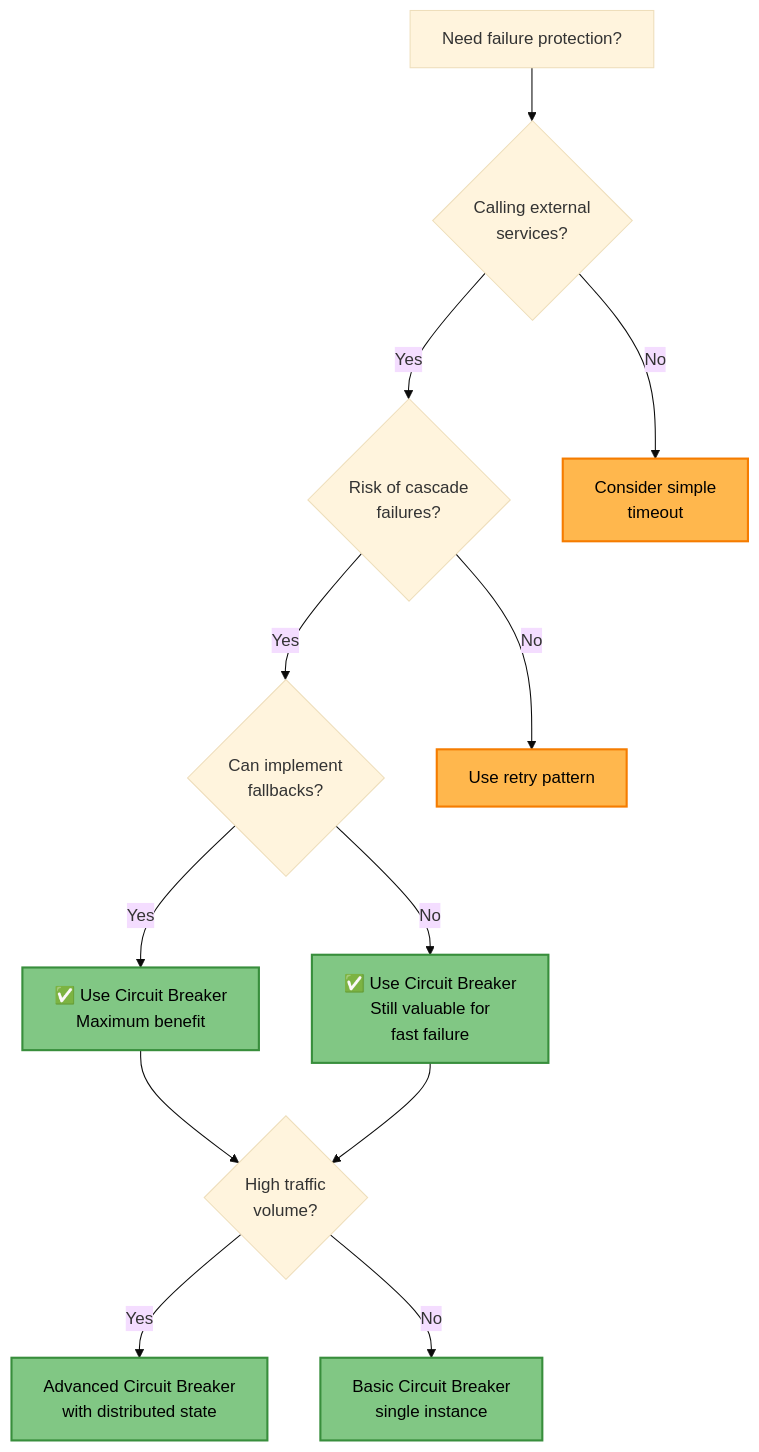
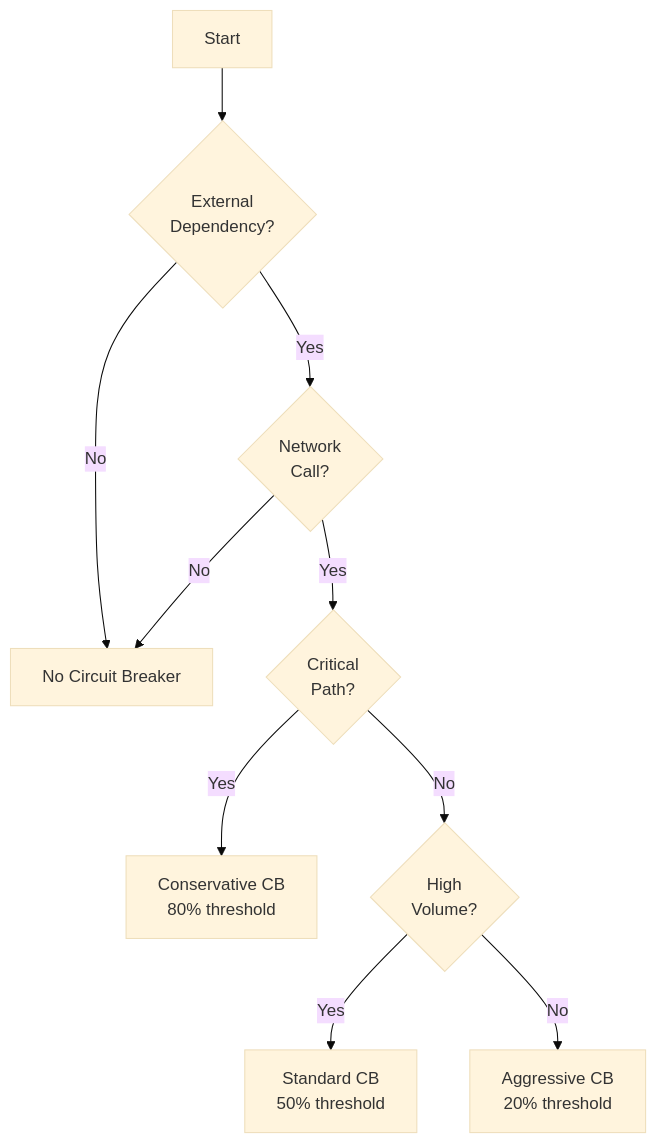
Before and after one commit to deepaucksharma/DStudio: the sixth of 6 diagrams in docs/pattern-library/resilience/circuit-breaker.md, drawn with Mermaid (base theme). The commit also changed other lines of this file and 64 other files, not shown here.

````diff
--- a/docs/pattern-library/resilience/circuit-breaker.md
+++ b/docs/pattern-library/resilience/circuit-breaker.md
@@ -1458,25 +317,12 @@
 ```mermaid
 graph TD
-    A[Need failure protection?] --> B{Calling external<br/>services?}
-    B -->|Yes| C{Risk of cascade<br/>failures?}
-    B -->|No| D[Consider simple<br/>timeout]
-    
-    C -->|Yes| E{Can implement<br/>fallbacks?}
-    C -->|No| F[Use retry pattern]
-    
-    E -->|Yes| G[✅ Use Circuit Breaker<br/>Maximum benefit]
-    E -->|No| H[✅ Use Circuit Breaker<br/>Still valuable for<br/>fast failure]
-    
-    G --> I{High traffic<br/>volume?}
-    H --> I
-    
-    I -->|Yes| J[Advanced Circuit Breaker<br/>with distributed state]
-    I -->|No| K[Basic Circuit Breaker<br/>single instance]
-    
-    classDef recommended fill:#81c784,stroke:#388e3c,stroke-width:2px,color:#000
-    classDef alternative fill:#ffb74d,stroke:#f57c00,stroke-width:2px,color:#000
-    classDef avoid fill:#ef5350,stroke:#c62828,stroke-width:2px,color:#fff
-    
-    class G,H,J,K recommended
-    class D,F alternative
+    A[Start] --> B{External<br/>Dependency?}
+    B -->|No| C[No Circuit Breaker]
+    B -->|Yes| D{Network<br/>Call?}
+    D -->|No| C
+    D -->|Yes| E{Critical<br/>Path?}
+    E -->|Yes| F[Conservative CB<br/>80% threshold]
+    E -->|No| G{High<br/>Volume?}
+    G -->|Yes| H[Standard CB<br/>50% threshold]
+    G -->|No| I[Aggressive CB<br/>20% threshold]
 ```
````
